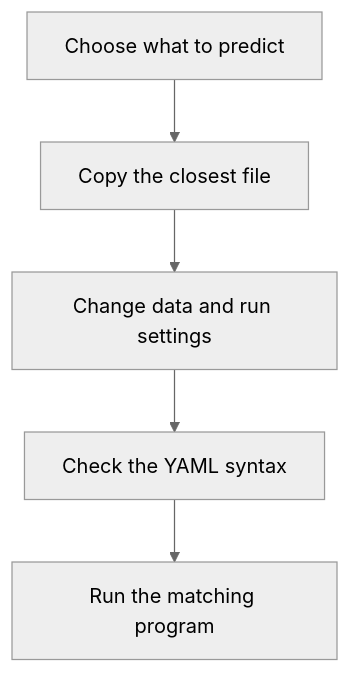
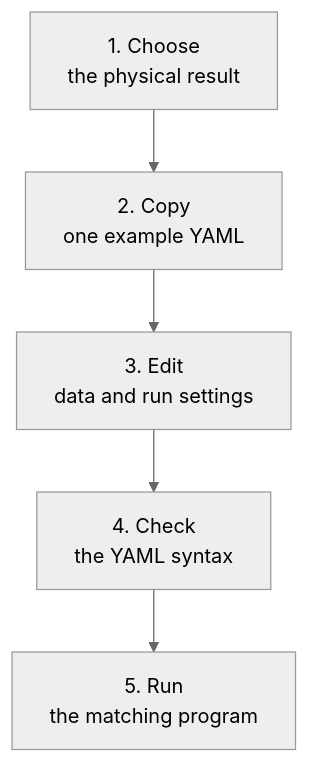
The diagram in example_yamls/README.md (SBU-COSMOLIKE/emulators_code_v2), drawn with Mermaid (neutral theme) before and after one commit.

Commit message:
docs: make YAML workflow diagram phone friendly

````diff
--- a/example_yamls/README.md
+++ b/example_yamls/README.md
@@ -12,7 +12,13 @@
 ```mermaid
-flowchart TD
-  A["Choose what to predict"] --> B["Copy the closest file"]
-  B --> C["Change data and run settings"]
-  C --> D["Check the YAML syntax"]
-  D --> E["Run the matching program"]
+flowchart TB
+  A["1. Choose<br/>the physical result"]
+  B["2. Copy<br/>one example YAML"]
+  C["3. Edit<br/>data and run settings"]
+  D["4. Check<br/>the YAML syntax"]
+  E["5. Run<br/>the matching program"]
+
+  A --> B
+  B --> C
+  C --> D
+  D --> E
 ```
````
